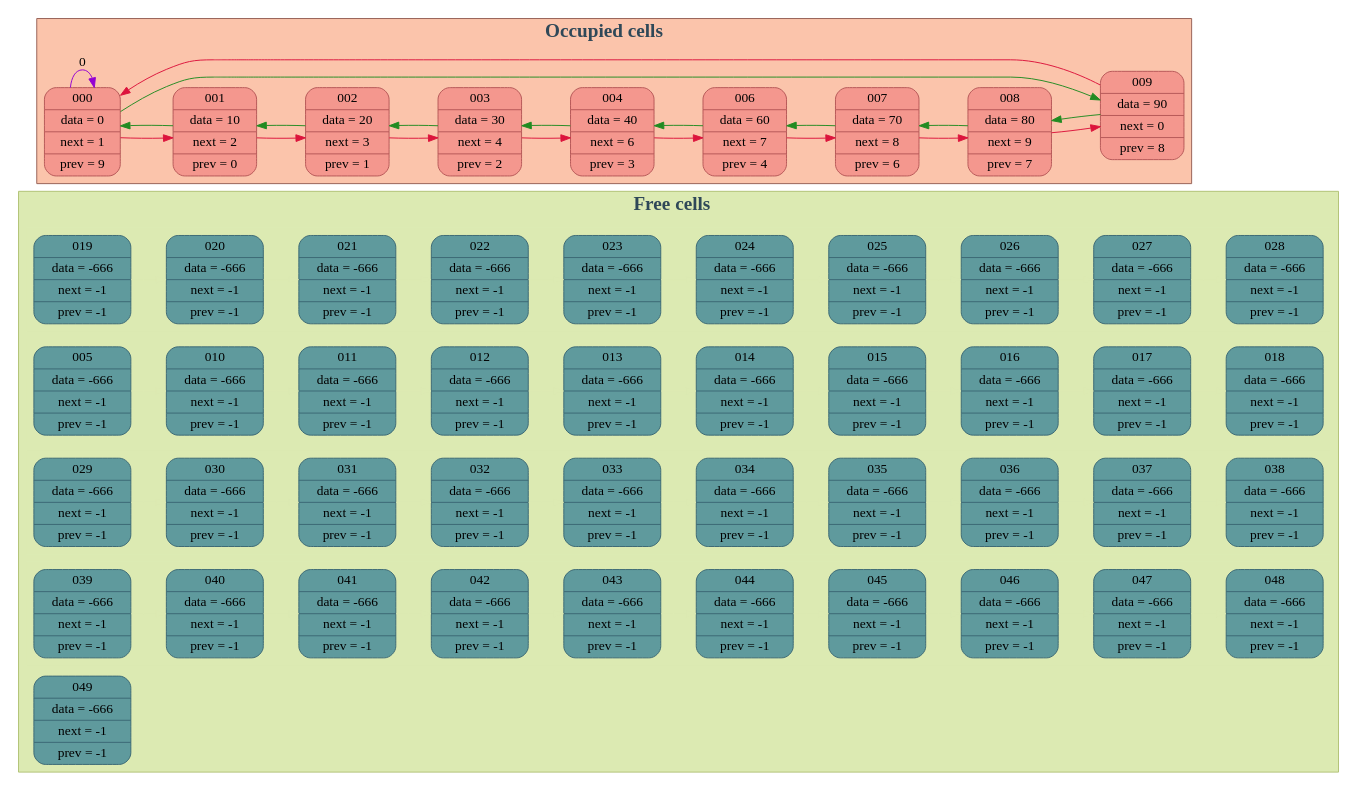
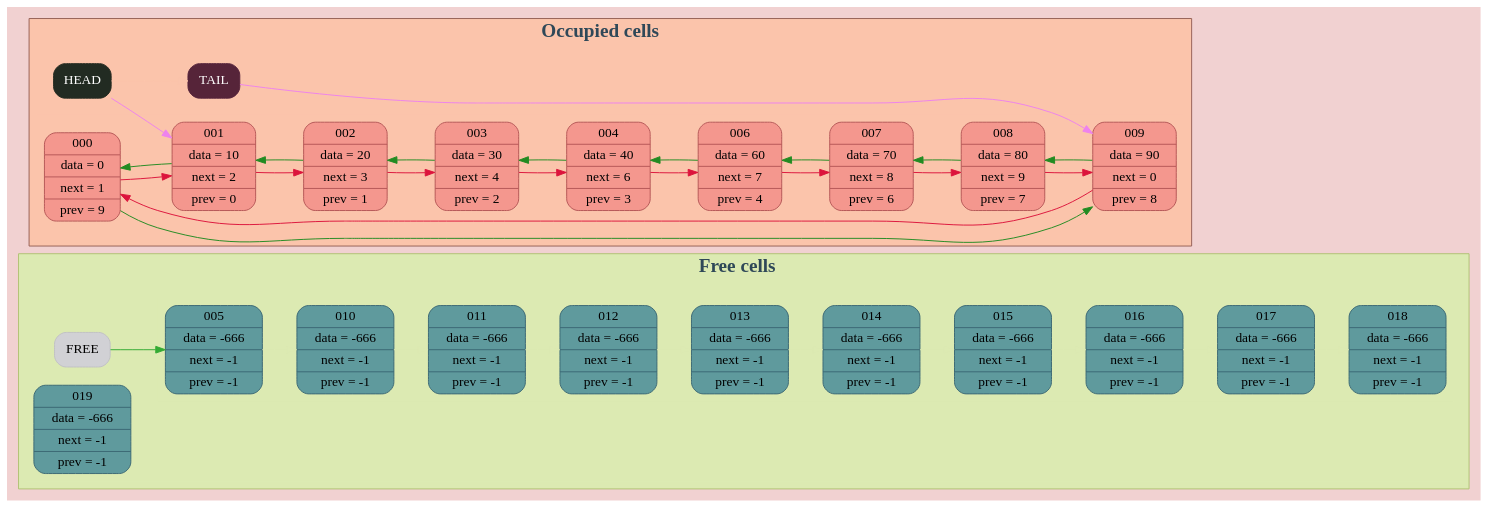
The diagram in dump/graph.dot (TolikRogov/List), drawn with Graphviz before and after one commit. The commit also changed 6 other files, not shown here.

```diff
--- a/dump/graph.dot
+++ b/dump/graph.dot
@@ -1,6 +1,7 @@
 digraph {
 	rankdir = LR;
 	fontname = "UbuntuMono";
+	bgcolor = "#F1D1D1";
 
 	subgraph cluster_free {
 		bgcolor = "#DCEAB2";
@@ -8,110 +9,50 @@
 		label = <<B>Free cells</B>>;
 		fontcolor = "#2F4858";
 		fontsize = "20px";
-		node005 [ shape = Mrecord; style = filled; fillcolor = "#5F9A9D"; color = "#3B6874"; label = " 005 | data = -666 | next = -1 | prev = -1 " ];
-		node010 [ shape = Mrecord; style = filled; fillcolor = "#5F9A9D"; color = "#3B6874"; label = " 010 | data = -666 | next = -1 | prev = -1 " ];
-		node011 [ shape = Mrecord; style = filled; fillcolor = "#5F9A9D"; color = "#3B6874"; label = " 011 | data = -666 | next = -1 | prev = -1 " ];
-		node012 [ shape = Mrecord; style = filled; fillcolor = "#5F9A9D"; color = "#3B6874"; label = " 012 | data = -666 | next = -1 | prev = -1 " ];
-		node013 [ shape = Mrecord; style = filled; fillcolor = "#5F9A9D"; color = "#3B6874"; label = " 013 | data = -666 | next = -1 | prev = -1 " ];
-		node014 [ shape = Mrecord; style = filled; fillcolor = "#5F9A9D"; color = "#3B6874"; label = " 014 | data = -666 | next = -1 | prev = -1 " ];
-		node015 [ shape = Mrecord; style = filled; fillcolor = "#5F9A9D"; color = "#3B6874"; label = " 015 | data = -666 | next = -1 | prev = -1 " ];
-		node016 [ shape = Mrecord; style = filled; fillcolor = "#5F9A9D"; color = "#3B6874"; label = " 016 | data = -666 | next = -1 | prev = -1 " ];
-		node017 [ shape = Mrecord; style = filled; fillcolor = "#5F9A9D"; color = "#3B6874"; label = " 017 | data = -666 | next = -1 | prev = -1 " ];
-		node018 [ shape = Mrecord; style = filled; fillcolor = "#5F9A9D"; color = "#3B6874"; label = " 018 | data = -666 | next = -1 | prev = -1 " ];
-		node019 [ shape = Mrecord; style = filled; fillcolor = "#5F9A9D"; color = "#3B6874"; label = " 019 | data = -666 | next = -1 | prev = -1 " ];
-		node020 [ shape = Mrecord; style = filled; fillcolor = "#5F9A9D"; color = "#3B6874"; label = " 020 | data = -666 | next = -1 | prev = -1 " ];
-		node021 [ shape = Mrecord; style = filled; fillcolor = "#5F9A9D"; color = "#3B6874"; label = " 021 | data = -666 | next = -1 | prev = -1 " ];
-		node022 [ shape = Mrecord; style = filled; fillcolor = "#5F9A9D"; color = "#3B6874"; label = " 022 | data = -666 | next = -1 | prev = -1 " ];
-		node023 [ shape = Mrecord; style = filled; fillcolor = "#5F9A9D"; color = "#3B6874"; label = " 023 | data = -666 | next = -1 | prev = -1 " ];
-		node024 [ shape = Mrecord; style = filled; fillcolor = "#5F9A9D"; color = "#3B6874"; label = " 024 | data = -666 | next = -1 | prev = -1 " ];
-		node025 [ shape = Mrecord; style = filled; fillcolor = "#5F9A9D"; color = "#3B6874"; label = " 025 | data = -666 | next = -1 | prev = -1 " ];
-		node026 [ shape = Mrecord; style = filled; fillcolor = "#5F9A9D"; color = "#3B6874"; label = " 026 | data = -666 | next = -1 | prev = -1 " ];
-		node027 [ shape = Mrecord; style = filled; fillcolor = "#5F9A9D"; color = "#3B6874"; label = " 027 | data = -666 | next = -1 | prev = -1 " ];
-		node028 [ shape = Mrecord; style = filled; fillcolor = "#5F9A9D"; color = "#3B6874"; label = " 028 | data = -666 | next = -1 | prev = -1 " ];
-		node029 [ shape = Mrecord; style = filled; fillcolor = "#5F9A9D"; color = "#3B6874"; label = " 029 | data = -666 | next = -1 | prev = -1 " ];
-		node030 [ shape = Mrecord; style = filled; fillcolor = "#5F9A9D"; color = "#3B6874"; label = " 030 | data = -666 | next = -1 | prev = -1 " ];
-		node031 [ shape = Mrecord; style = filled; fillcolor = "#5F9A9D"; color = "#3B6874"; label = " 031 | data = -666 | next = -1 | prev = -1 " ];
-		node032 [ shape = Mrecord; style = filled; fillcolor = "#5F9A9D"; color = "#3B6874"; label = " 032 | data = -666 | next = -1 | prev = -1 " ];
-		node033 [ shape = Mrecord; style = filled; fillcolor = "#5F9A9D"; color = "#3B6874"; label = " 033 | data = -666 | next = -1 | prev = -1 " ];
-		node034 [ shape = Mrecord; style = filled; fillcolor = "#5F9A9D"; color = "#3B6874"; label = " 034 | data = -666 | next = -1 | prev = -1 " ];
-		node035 [ shape = Mrecord; style = filled; fillcolor = "#5F9A9D"; color = "#3B6874"; label = " 035 | data = -666 | next = -1 | prev = -1 " ];
-		node036 [ shape = Mrecord; style = filled; fillcolor = "#5F9A9D"; color = "#3B6874"; label = " 036 | data = -666 | next = -1 | prev = -1 " ];
-		node037 [ shape = Mrecord; style = filled; fillcolor = "#5F9A9D"; color = "#3B6874"; label = " 037 | data = -666 | next = -1 | prev = -1 " ];
-		node038 [ shape = Mrecord; style = filled; fillcolor = "#5F9A9D"; color = "#3B6874"; label = " 038 | data = -666 | next = -1 | prev = -1 " ];
-		node039 [ shape = Mrecord; style = filled; fillcolor = "#5F9A9D"; color = "#3B6874"; label = " 039 | data = -666 | next = -1 | prev = -1 " ];
-		node040 [ shape = Mrecord; style = filled; fillcolor = "#5F9A9D"; color = "#3B6874"; label = " 040 | data = -666 | next = -1 | prev = -1 " ];
-		node041 [ shape = Mrecord; style = filled; fillcolor = "#5F9A9D"; color = "#3B6874"; label = " 041 | data = -666 | next = -1 | prev = -1 " ];
-		node042 [ shape = Mrecord; style = filled; fillcolor = "#5F9A9D"; color = "#3B6874"; label = " 042 | data = -666 | next = -1 | prev = -1 " ];
-		node043 [ shape = Mrecord; style = filled; fillcolor = "#5F9A9D"; color = "#3B6874"; label = " 043 | data = -666 | next = -1 | prev = -1 " ];
-		node044 [ shape = Mrecord; style = filled; fillcolor = "#5F9A9D"; color = "#3B6874"; label = " 044 | data = -666 | next = -1 | prev = -1 " ];
-		node045 [ shape = Mrecord; style = filled; fillcolor = "#5F9A9D"; color = "#3B6874"; label = " 045 | data = -666 | next = -1 | prev = -1 " ];
-		node046 [ shape = Mrecord; style = filled; fillcolor = "#5F9A9D"; color = "#3B6874"; label = " 046 | data = -666 | next = -1 | prev = -1 " ];
-		node047 [ shape = Mrecord; style = filled; fillcolor = "#5F9A9D"; color = "#3B6874"; label = " 047 | data = -666 | next = -1 | prev = -1 " ];
-		node048 [ shape = Mrecord; style = filled; fillcolor = "#5F9A9D"; color = "#3B6874"; label = " 048 | data = -666 | next = -1 | prev = -1 " ];
-		node049 [ shape = Mrecord; style = filled; fillcolor = "#5F9A9D"; color = "#3B6874"; label = " 049 | data = -666 | next = -1 | prev = -1 " ];
 
-		subgraph cluster_free000 {
+		subgraph cluster_Free {
 			peripheries = 0
 			label = "";
-			node005 -> node010 [ weight = 1000; color = "#DCEAB2"; ];
-			node010 -> node011 [ weight = 1000; color = "#DCEAB2"; ];
-			node011 -> node012 [ weight = 1000; color = "#DCEAB2"; ];
-			node012 -> node013 [ weight = 1000; color = "#DCEAB2"; ];
-			node013 -> node014 [ weight = 1000; color = "#DCEAB2"; ];
-			node014 -> node015 [ weight = 1000; color = "#DCEAB2"; ];
-			node015 -> node016 [ weight = 1000; color = "#DCEAB2"; ];
-			node016 -> node017 [ weight = 1000; color = "#DCEAB2"; ];
-			node017 -> node018 [ weight = 1000; color = "#DCEAB2"; ];
+			nodeFree [ shape = Mrecord; style = filled; fillcolor = "#D1D1D5"; color = "#C1C1C5"; fontcolor = "black"; label = "FREE"; ];
 		}
 
-		subgraph cluster_free001 {
+		subgraph cluster_free {
 			peripheries = 0
 			label = "";
-			node019 -> node020 [ weight = 1000; color = "#DCEAB2"; ];
-			node020 -> node021 [ weight = 1000; color = "#DCEAB2"; ];
-			node021 -> node022 [ weight = 1000; color = "#DCEAB2"; ];
-			node022 -> node023 [ weight = 1000; color = "#DCEAB2"; ];
-			node023 -> node024 [ weight = 1000; color = "#DCEAB2"; ];
-			node024 -> node025 [ weight = 1000; color = "#DCEAB2"; ];
-			node025 -> node026 [ weight = 1000; color = "#DCEAB2"; ];
-			node026 -> node027 [ weight = 1000; color = "#DCEAB2"; ];
-			node027 -> node028 [ weight = 1000; color = "#DCEAB2"; ];
+			node005 [ shape = Mrecord; style = filled; fillcolor = "#5F9A9D"; color = "#3B6874"; label = " 005 | data = -666 | next = -1 | prev = -1 " ];
+			node010 [ shape = Mrecord; style = filled; fillcolor = "#5F9A9D"; color = "#3B6874"; label = " 010 | data = -666 | next = -1 | prev = -1 " ];
+			node011 [ shape = Mrecord; style = filled; fillcolor = "#5F9A9D"; color = "#3B6874"; label = " 011 | data = -666 | next = -1 | prev = -1 " ];
+			node012 [ shape = Mrecord; style = filled; fillcolor = "#5F9A9D"; color = "#3B6874"; label = " 012 | data = -666 | next = -1 | prev = -1 " ];
+			node013 [ shape = Mrecord; style = filled; fillcolor = "#5F9A9D"; color = "#3B6874"; label = " 013 | data = -666 | next = -1 | prev = -1 " ];
+			node014 [ shape = Mrecord; style = filled; fillcolor = "#5F9A9D"; color = "#3B6874"; label = " 014 | data = -666 | next = -1 | prev = -1 " ];
+			node015 [ shape = Mrecord; style = filled; fillcolor = "#5F9A9D"; color = "#3B6874"; label = " 015 | data = -666 | next = -1 | prev = -1 " ];
+			node016 [ shape = Mrecord; style = filled; fillcolor = "#5F9A9D"; color = "#3B6874"; label = " 016 | data = -666 | next = -1 | prev = -1 " ];
+			node017 [ shape = Mrecord; style = filled; fillcolor = "#5F9A9D"; color = "#3B6874"; label = " 017 | data = -666 | next = -1 | prev = -1 " ];
+			node018 [ shape = Mrecord; style = filled; fillcolor = "#5F9A9D"; color = "#3B6874"; label = " 018 | data = -666 | next = -1 | prev = -1 " ];
+			node019 [ shape = Mrecord; style = filled; fillcolor = "#5F9A9D"; color = "#3B6874"; label = " 019 | data = -666 | next = -1 | prev = -1 " ];
+
+			subgraph cluster_free000 {
+				peripheries = 0
+				label = "";
+				node005 -> node010 [ weight = 1000; color = "#DCEAB2"; ];
+				node010 -> node011 [ weight = 1000; color = "#DCEAB2"; ];
+				node011 -> node012 [ weight = 1000; color = "#DCEAB2"; ];
+				node012 -> node013 [ weight = 1000; color = "#DCEAB2"; ];
+				node013 -> node014 [ weight = 1000; color = "#DCEAB2"; ];
+				node014 -> node015 [ weight = 1000; color = "#DCEAB2"; ];
+				node015 -> node016 [ weight = 1000; color = "#DCEAB2"; ];
+				node016 -> node017 [ weight = 1000; color = "#DCEAB2"; ];
+				node017 -> node018 [ weight = 1000; color = "#DCEAB2"; ];
+			}
+
+			subgraph cluster_free001 {
+				peripheries = 0
+				label = "";
+			}
+
+			nodeFree -> node005 [ weight = 1000; color = "#34AB34"; ];
+
 		}
-
-		subgraph cluster_free002 {
-			peripheries = 0
-			label = "";
-			node029 -> node030 [ weight = 1000; color = "#DCEAB2"; ];
-			node030 -> node031 [ weight = 1000; color = "#DCEAB2"; ];
-			node031 -> node032 [ weight = 1000; color = "#DCEAB2"; ];
-			node032 -> node033 [ weight = 1000; color = "#DCEAB2"; ];
-			node033 -> node034 [ weight = 1000; color = "#DCEAB2"; ];
-			node034 -> node035 [ weight = 1000; color = "#DCEAB2"; ];
-			node035 -> node036 [ weight = 1000; color = "#DCEAB2"; ];
-			node036 -> node037 [ weight = 1000; color = "#DCEAB2"; ];
-			node037 -> node038 [ weight = 1000; color = "#DCEAB2"; ];
-		}
-
-		subgraph cluster_free003 {
-			peripheries = 0
-			label = "";
-			node039 -> node040 [ weight = 1000; color = "#DCEAB2"; ];
-			node040 -> node041 [ weight = 1000; color = "#DCEAB2"; ];
-			node041 -> node042 [ weight = 1000; color = "#DCEAB2"; ];
-			node042 -> node043 [ weight = 1000; color = "#DCEAB2"; ];
-			node043 -> node044 [ weight = 1000; color = "#DCEAB2"; ];
-			node044 -> node045 [ weight = 1000; color = "#DCEAB2"; ];
-			node045 -> node046 [ weight = 1000; color = "#DCEAB2"; ];
-			node046 -> node047 [ weight = 1000; color = "#DCEAB2"; ];
-			node047 -> node048 [ weight = 1000; color = "#DCEAB2"; ];
-		}
-
-		subgraph cluster_free004 {
-			peripheries = 0
-			label = "";
-		}
-
-
 	}
 
 
@@ -121,36 +62,50 @@
 		label = <<B>Occupied cells</B>>;
 		fontcolor = "#2F4858";
 		fontsize = "20px";
-		node000 [ shape = Mrecord; style = filled; fillcolor = "#F4978E"; color = "#B55757"; label = " 000 | data = 0 | next = 1 | prev = 9 " ];
-		node001 [ shape = Mrecord; style = filled; fillcolor = "#F4978E"; color = "#B55757"; label = " 001 | data = 10 | next = 2 | prev = 0 " ];
-		node002 [ shape = Mrecord; style = filled; fillcolor = "#F4978E"; color = "#B55757"; label = " 002 | data = 20 | next = 3 | prev = 1 " ];
-		node003 [ shape = Mrecord; style = filled; fillcolor = "#F4978E"; color = "#B55757"; label = " 003 | data = 30 | next = 4 | prev = 2 " ];
-		node004 [ shape = Mrecord; style = filled; fillcolor = "#F4978E"; color = "#B55757"; label = " 004 | data = 40 | next = 6 | prev = 3 " ];
-		node006 [ shape = Mrecord; style = filled; fillcolor = "#F4978E"; color = "#B55757"; label = " 006 | data = 60 | next = 7 | prev = 4 " ];
-		node007 [ shape = Mrecord; style = filled; fillcolor = "#F4978E"; color = "#B55757"; label = " 007 | data = 70 | next = 8 | prev = 6 " ];
-		node008 [ shape = Mrecord; style = filled; fillcolor = "#F4978E"; color = "#B55757"; label = " 008 | data = 80 | next = 9 | prev = 7 " ];
-		node009 [ shape = Mrecord; style = filled; fillcolor = "#F4978E"; color = "#B55757"; label = " 009 | data = 90 | next = 0 | prev = 8 " ];
 
-		node000 -> node000 [label = "0"; color = "#9400D3"; ];
-		node000 -> node001 [ color = "#DC143C"; ];
-		node001 -> node002 [ color = "#DC143C"; ];
-		node002 -> node003 [ color = "#DC143C"; ];
-		node003 -> node004 [ color = "#DC143C"; ];
-		node004 -> node006 [ color = "#DC143C"; ];
-		node006 -> node007 [ color = "#DC143C"; ];
-		node007 -> node008 [ color = "#DC143C"; ];
-		node008 -> node009 [ color = "#DC143C"; ];
-		node009 -> node000 [ color = "#DC143C"; ];
+		subgraph cluster_HeadAndTail {
+			peripheries = 0
+			label = "";
+			nodeHead [ shape = Mrecord; style = filled; fillcolor = "#222B22"; color = "#262B22"; fontcolor = "white"; label = "HEAD"; ];
+			nodeTail [ shape = Mrecord; style = filled; fillcolor = "#562439"; color = "#56243C"; fontcolor = "white"; label = "TAIL"; ];
+			nodeHead -> nodeTail [ color = "#FBC4AB"; ];
+		}
 
-		node000 -> node009 [ color = "#228B22"; ];
-		node001 -> node000 [ color = "#228B22"; ];
-		node002 -> node001 [ color = "#228B22"; ];
-		node003 -> node002 [ color = "#228B22"; ];
-		node004 -> node003 [ color = "#228B22"; ];
-		node006 -> node004 [ color = "#228B22"; ];
-		node007 -> node006 [ color = "#228B22"; ];
-		node008 -> node007 [ color = "#228B22"; ];
-		node009 -> node008 [ color = "#228B22"; ];
+		subgraph cluster_occupied {
+			peripheries = 0
+			label = "";
+			node000 [ shape = Mrecord; style = filled; fillcolor = "#F4978E"; color = "#B55757"; label = " 000 | data = 0 | next = 1 | prev = 9 "; ];
+			node001 [ shape = Mrecord; style = filled; fillcolor = "#F4978E"; color = "#B55757"; label = " 001 | data = 10 | next = 2 | prev = 0 "; ];
+			node002 [ shape = Mrecord; style = filled; fillcolor = "#F4978E"; color = "#B55757"; label = " 002 | data = 20 | next = 3 | prev = 1 "; ];
+			node003 [ shape = Mrecord; style = filled; fillcolor = "#F4978E"; color = "#B55757"; label = " 003 | data = 30 | next = 4 | prev = 2 "; ];
+			node004 [ shape = Mrecord; style = filled; fillcolor = "#F4978E"; color = "#B55757"; label = " 004 | data = 40 | next = 6 | prev = 3 "; ];
+			node006 [ shape = Mrecord; style = filled; fillcolor = "#F4978E"; color = "#B55757"; label = " 006 | data = 60 | next = 7 | prev = 4 "; ];
+			node007 [ shape = Mrecord; style = filled; fillcolor = "#F4978E"; color = "#B55757"; label = " 007 | data = 70 | next = 8 | prev = 6 "; ];
+			node008 [ shape = Mrecord; style = filled; fillcolor = "#F4978E"; color = "#B55757"; label = " 008 | data = 80 | next = 9 | prev = 7 "; ];
+			node009 [ shape = Mrecord; style = filled; fillcolor = "#F4978E"; color = "#B55757"; label = " 009 | data = 90 | next = 0 | prev = 8 "; ];
+
+			node000 -> node001 [ color = "#DC143C"; ];
+			node000 -> node009 [ color = "#228B22"; ];
+			nodeHead -> node001 [ color = "violet"; ];
+			node001 -> node002 [ color = "#DC143C"; ];
+			node001 -> node000 [ color = "#228B22"; ];
+			node002 -> node003 [ color = "#DC143C"; ];
+			node002 -> node001 [ color = "#228B22"; ];
+			node003 -> node004 [ color = "#DC143C"; ];
+			node003 -> node002 [ color = "#228B22"; ];
+			node004 -> node006 [ color = "#DC143C"; ];
+			node004 -> node003 [ color = "#228B22"; ];
+			node006 -> node007 [ color = "#DC143C"; ];
+			node006 -> node004 [ color = "#228B22"; ];
+			node007 -> node008 [ color = "#DC143C"; ];
+			node007 -> node006 [ color = "#228B22"; ];
+			node008 -> node009 [ color = "#DC143C"; ];
+			node008 -> node007 [ color = "#228B22"; ];
+			nodeTail -> node009 [ color = "violet"; ];
+			node009 -> node000 [ color = "#DC143C"; ];
+			node009 -> node008 [ color = "#228B22"; ];
+		}
+
 	}
 
 }
```
